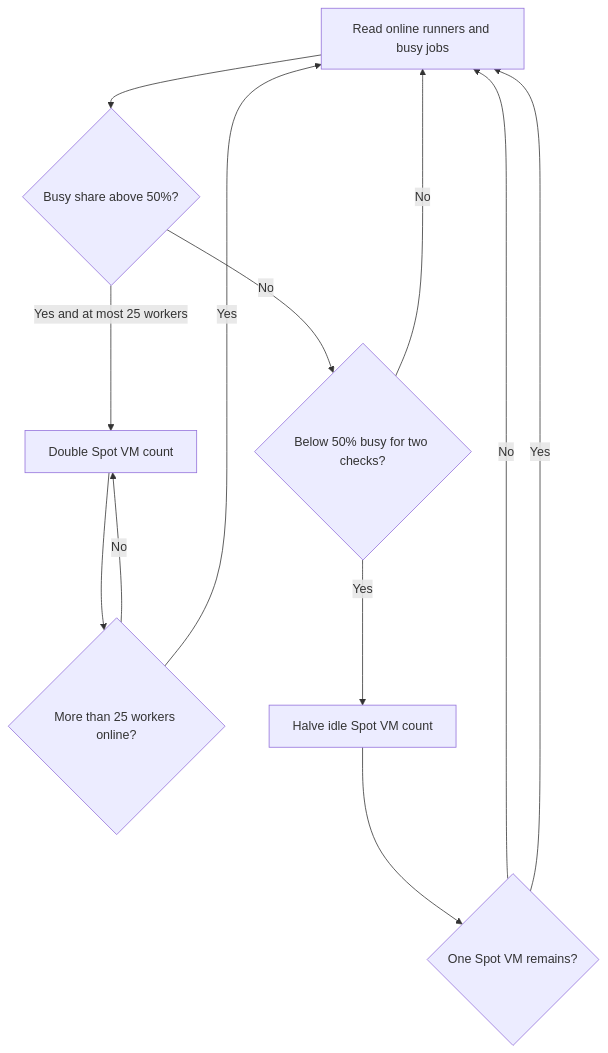
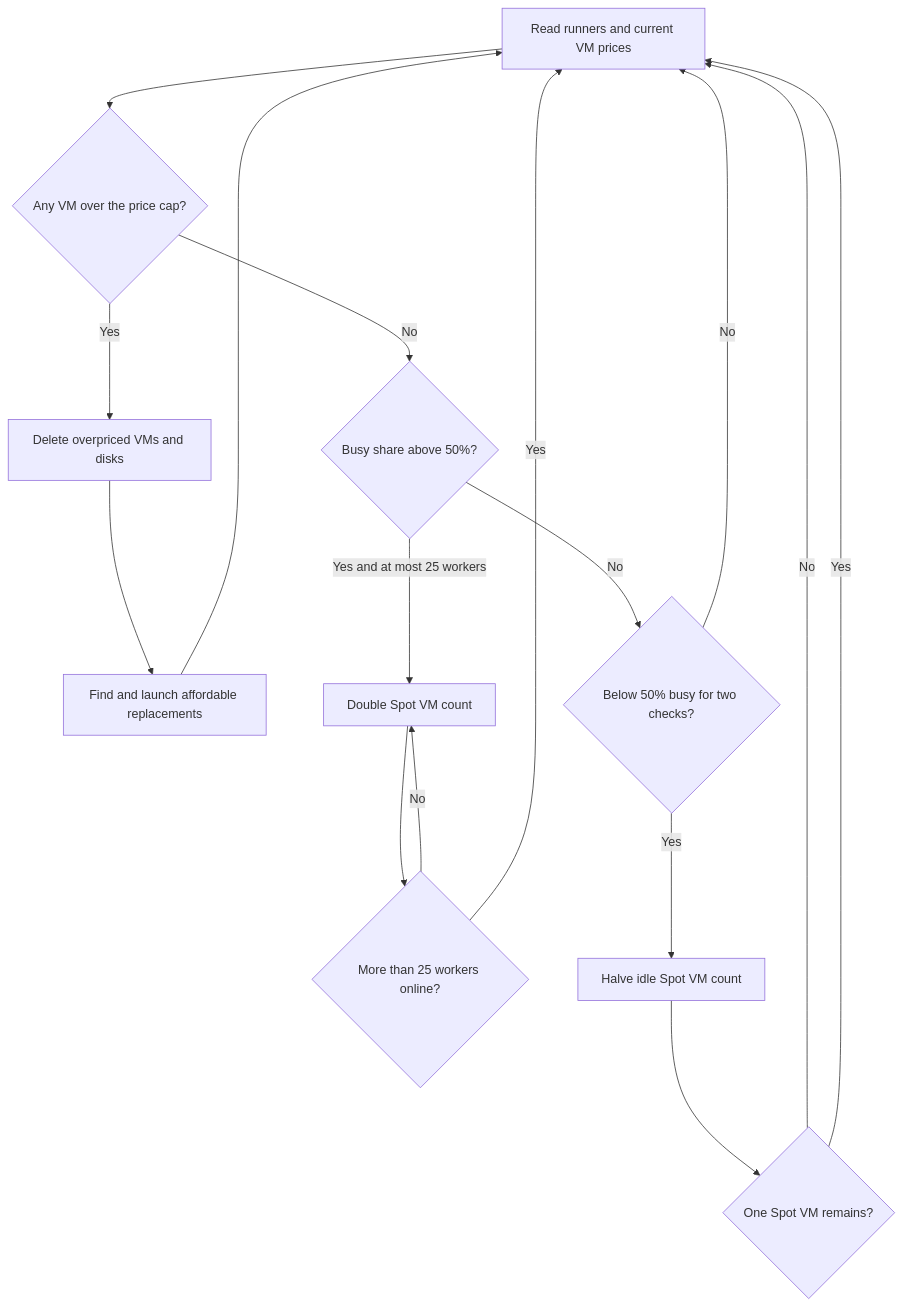
Before and after one commit to TheDancingDeveloper-org/spot-github-runners: the diagram in README.md, drawn with Mermaid. The commit also changed other lines of this file and 3 other files, not shown here.

Commit message:
Recheck live Spot prices and replace over-budget VMs

````diff
--- a/README.md
+++ b/README.md
@@ -15,14 +15,18 @@
 ```mermaid
 flowchart TD
-    A[Read online runners and busy jobs] --> B{Busy share above 50%?}
+    A[Read runners and current VM prices] --> P{Any VM over the price cap?}
+    P -- Yes --> R[Delete overpriced VMs and disks]
+    R --> S[Find and launch affordable replacements]
+    S --> A
+    P -- No --> B{Busy share above 50%?}
     B -- Yes and at most 25 workers --> C[Double Spot VM count]
     C --> D{More than 25 workers online?}
     D -- No --> C
     D -- Yes --> A
     B -- No --> E{Below 50% busy for two checks?}
     E -- Yes --> F[Halve idle Spot VM count]
     F --> G{One Spot VM remains?}
     G -- No --> A
     G -- Yes --> A
     E -- No --> A
 ```
````
